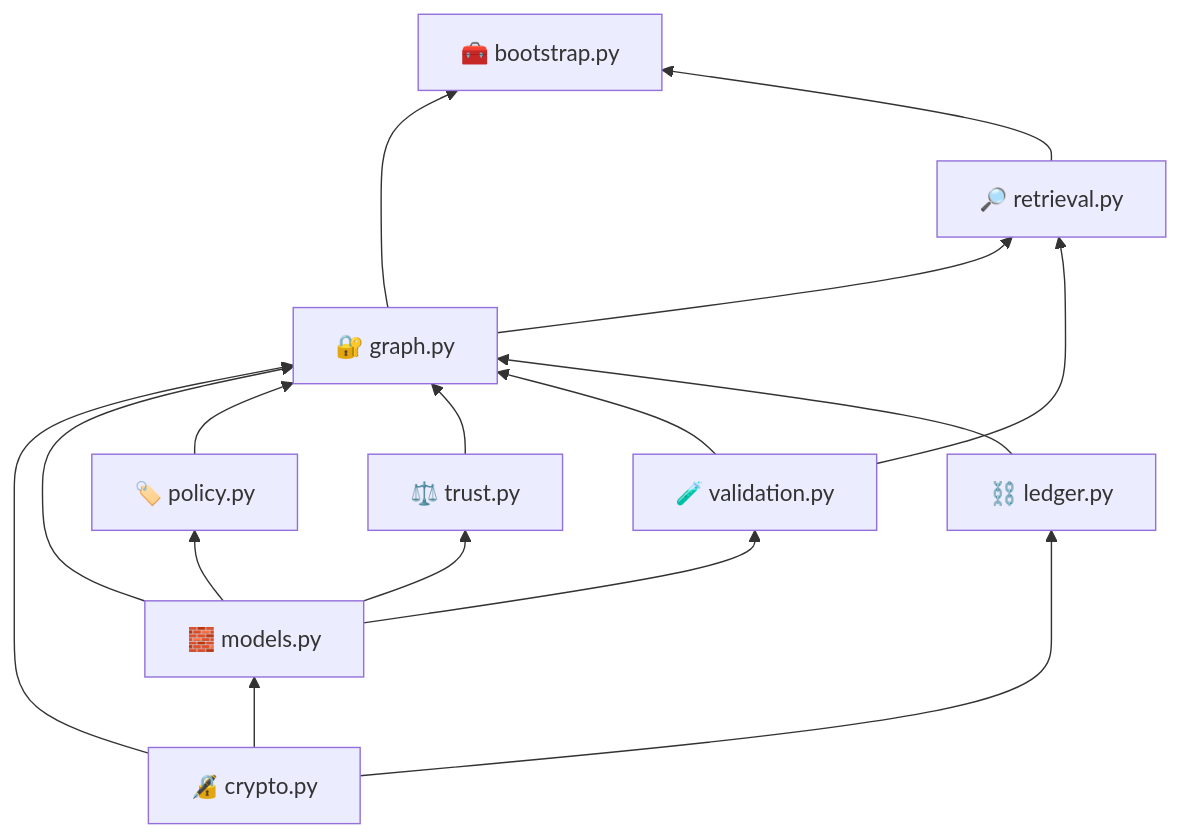
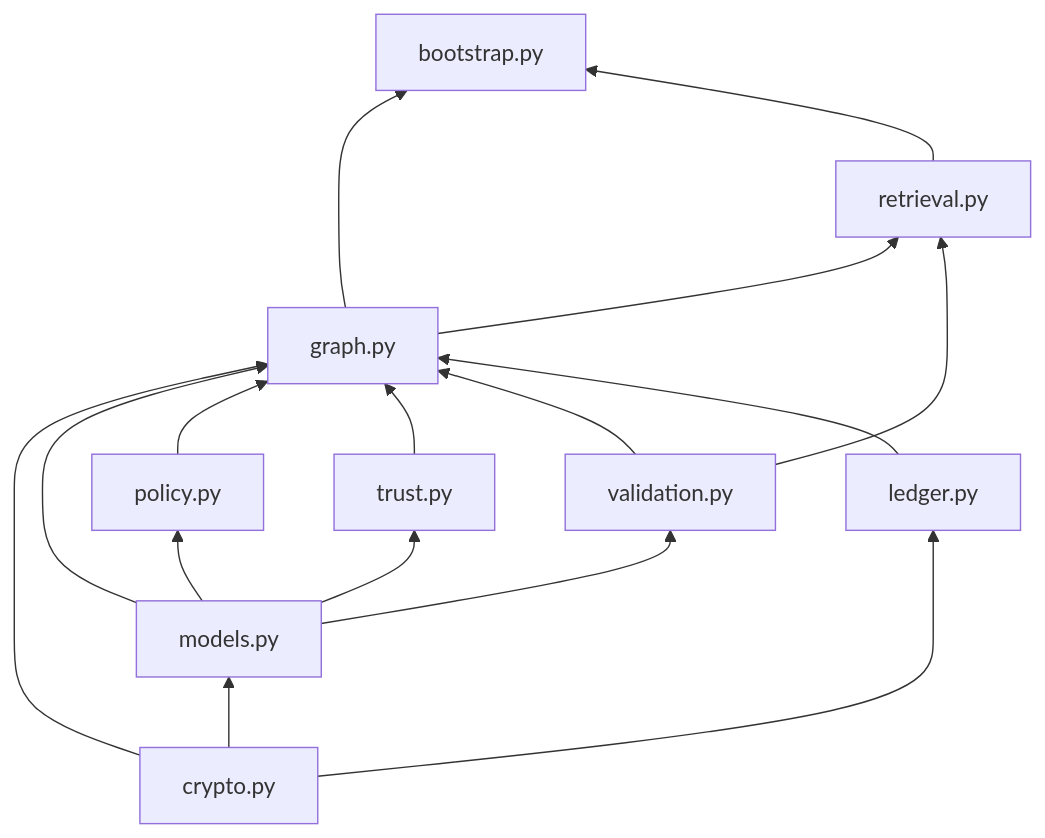
One commit to Prashasthi-18/Secure-Dynamic-Knowledge-Graph changed diagram 14 of 14 in README.md. Above: the diagram before and after it, drawn with Mermaid. The commit also changed other lines of this file and 25 other files, not shown here.

````diff
--- a/README.md
+++ b/README.md
@@ -779,21 +827,21 @@
 ```mermaid
 flowchart BT
-    CR["🔏 crypto.py"]
-    MO["🧱 models.py"]
-    PO["🏷️ policy.py"]
-    TR["⚖️ trust.py"]
-    VA["🧪 validation.py"]
-    LE["⛓️ ledger.py"]
-    GR["🔐 graph.py"]
-    RE["🔎 retrieval.py"]
-    BO["🧰 bootstrap.py"]
+    CR["crypto.py"]
+    MO["models.py"]
+    PO["policy.py"]
+    TR["trust.py"]
+    VA["validation.py"]
+    LE["ledger.py"]
+    GR["graph.py"]
+    RE["retrieval.py"]
+    BO["bootstrap.py"]
 
     CR --> MO
     CR --> LE
     MO --> PO
     MO --> TR
     MO --> VA
     CR & MO & PO & TR & VA & LE --> GR
     GR & VA --> RE
     GR & RE --> BO
 ```
````
